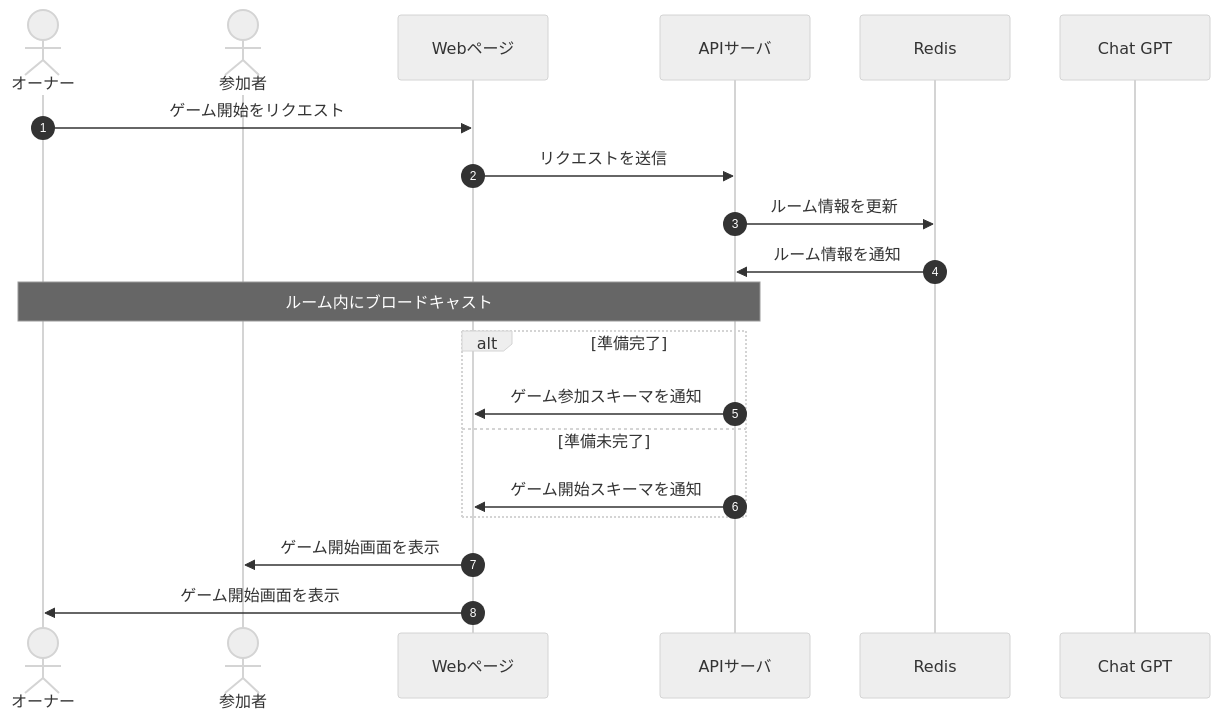
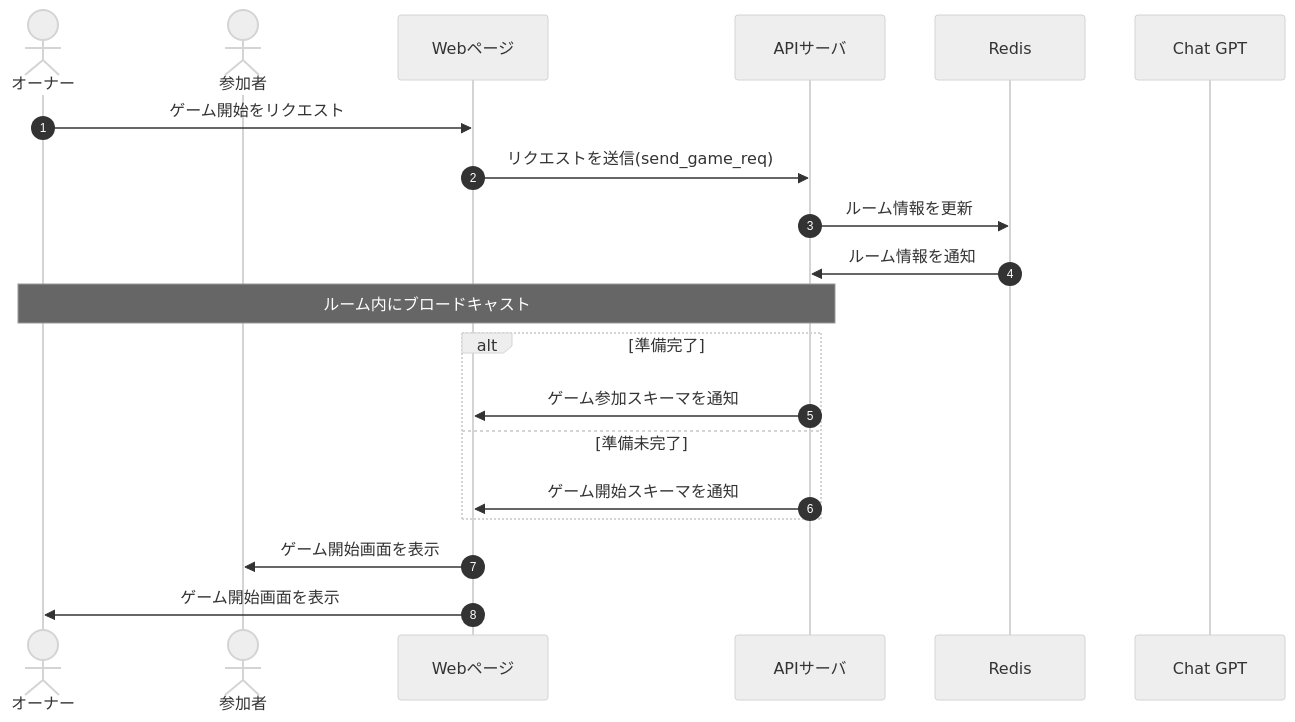
The diagram in docs/DesignDog/06_ゲーム開始.md (Tanakaryuki/chat_wolf), drawn with Mermaid (neutral theme) before and after one commit. The commit also changed other lines of this file and 29 other files, not shown here.

Commit message:
docs: 📄 fix Design Doc schema

````diff
--- a/docs/DesignDog/06_ゲーム開始.md
+++ b/docs/DesignDog/06_ゲーム開始.md
@@ -11,23 +11,23 @@
 ```mermaid
 sequenceDiagram
     autonumber
     actor owner as オーナー
     actor participants as 参加者
     participant front as Webページ
     participant api as APIサーバ
     participant db as Redis
     participant ai as Chat GPT
 
     owner->>front: ゲーム開始をリクエスト
-    front->>api: リクエストを送信
+    front->>api: リクエストを送信(send_game_req)
     api->>db: ルーム情報を更新
     db->>api: ルーム情報を通知
     Note over owner,api: ルーム内にブロードキャスト
     alt 準備完了
         api->>front: ゲーム参加スキーマを通知
     else 準備未完了
         api->>front: ゲーム開始スキーマを通知
     end
     front->>participants: ゲーム開始画面を表示
     front->>owner: ゲーム開始画面を表示
 ```
````
